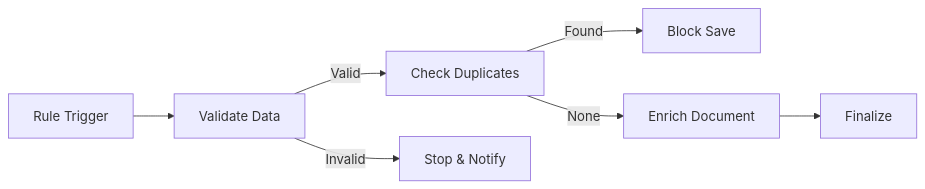
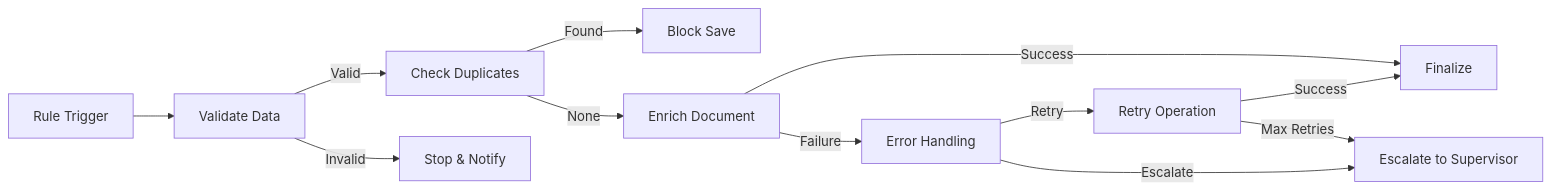
The diagram in README.md (Brusk-eng/flexirule), drawn with Mermaid before and after one commit. The commit also changed other lines of this file and 8 other files, not shown here.

````diff
--- a/README.md
+++ b/README.md
@@ -102,10 +102,15 @@
 ```mermaid
 graph LR
     Trigger[Rule Trigger]
     --> Validate[Validate Data]
     Validate -->|Valid| Dedup[Check Duplicates]
     Validate -->|Invalid| Stop[Stop & Notify]
     Dedup -->|Found| Block[Block Save]
     Dedup -->|None| Enrich[Enrich Document]
-    Enrich --> Success[Finalize]
+    Enrich -->|Success| Success[Finalize]
+    Enrich -->|Failure| ErrorHandler[Error Handling]
+    ErrorHandler -->|Retry| Retry[Retry Operation]
+    ErrorHandler -->|Escalate| Escalate[Escalate to Supervisor]
+    Retry -->|Success| Success
+    Retry -->|Max Retries| Escalate
 ```
````
